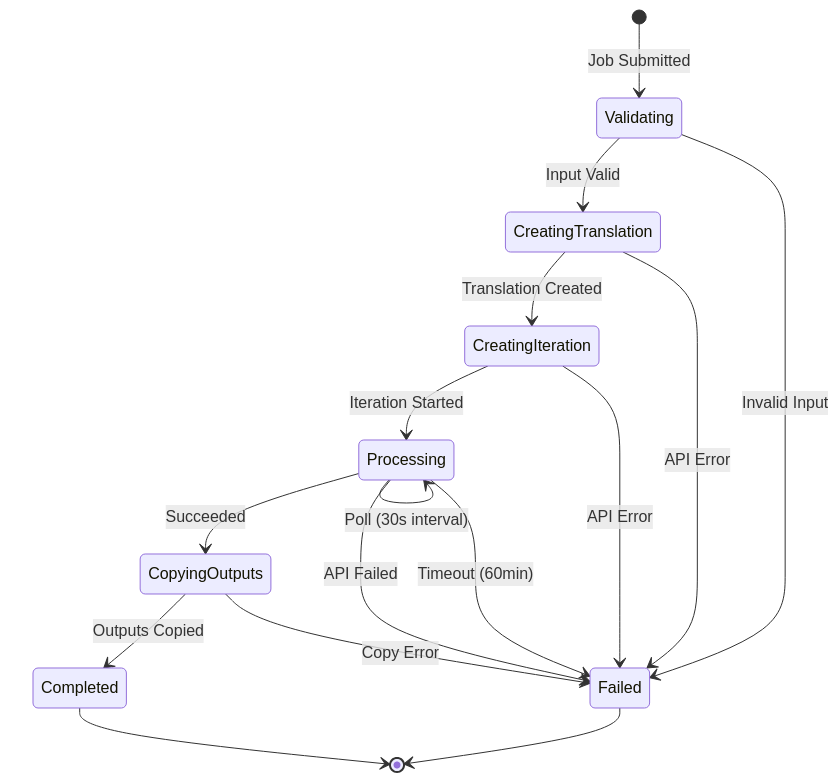
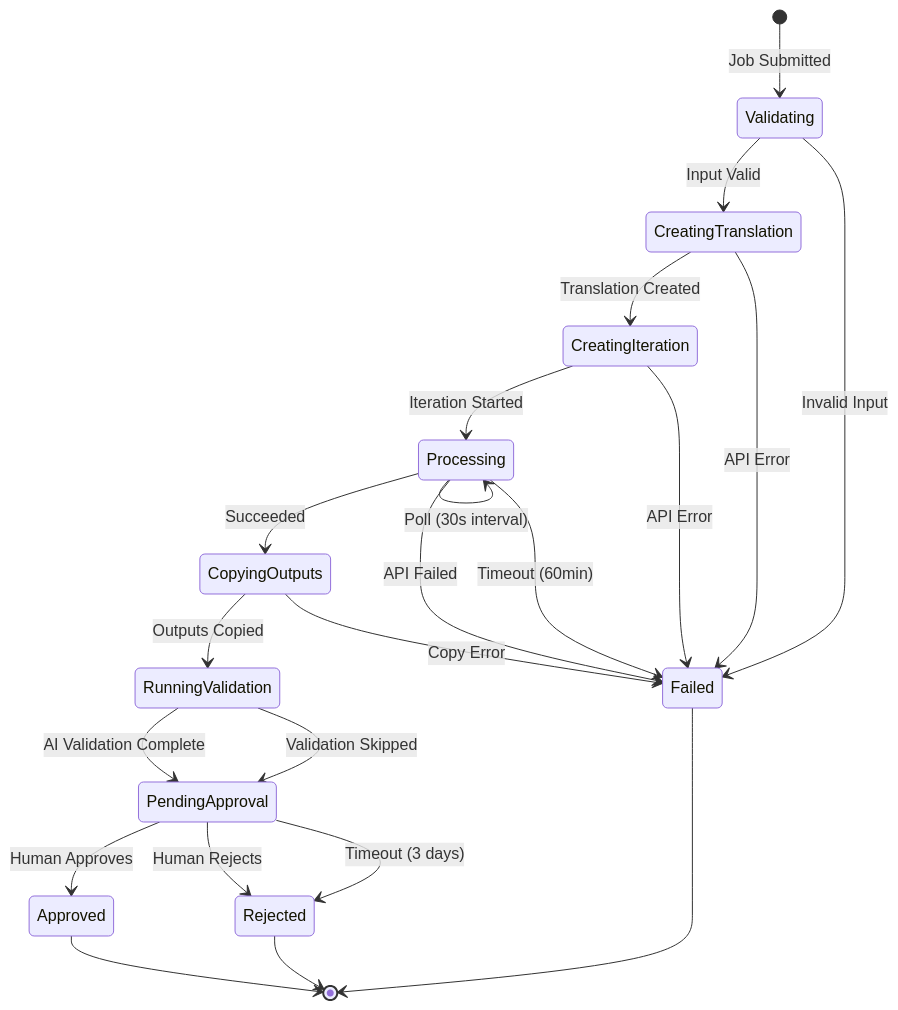
Before and after one commit to haslam93/FY26AMA-Capstone-AI-Video-Translation: the third of 14 diagrams in docs/architecture.md, drawn with Mermaid. The commit also changed other lines of this file and 4 other files, not shown here.

````diff
--- a/docs/architecture.md
+++ b/docs/architecture.md
@@ -162,24 +179,32 @@
 ```mermaid
 stateDiagram-v2
     [*] --> Validating: Job Submitted
     
     Validating --> CreatingTranslation: Input Valid
     Validating --> Failed: Invalid Input
     
     CreatingTranslation --> CreatingIteration: Translation Created
     CreatingTranslation --> Failed: API Error
     
     CreatingIteration --> Processing: Iteration Started
     CreatingIteration --> Failed: API Error
     
     Processing --> Processing: Poll (30s interval)
     Processing --> CopyingOutputs: Succeeded
     Processing --> Failed: API Failed
     Processing --> Failed: Timeout (60min)
     
-    CopyingOutputs --> Completed: Outputs Copied
+    CopyingOutputs --> RunningValidation: Outputs Copied
     CopyingOutputs --> Failed: Copy Error
     
-    Completed --> [*]
+    RunningValidation --> PendingApproval: AI Validation Complete
+    RunningValidation --> PendingApproval: Validation Skipped
+    
+    PendingApproval --> Approved: Human Approves
+    PendingApproval --> Rejected: Human Rejects
+    PendingApproval --> Rejected: Timeout (3 days)
+    
+    Approved --> [*]
+    Rejected --> [*]
     Failed --> [*]
 ```
````
